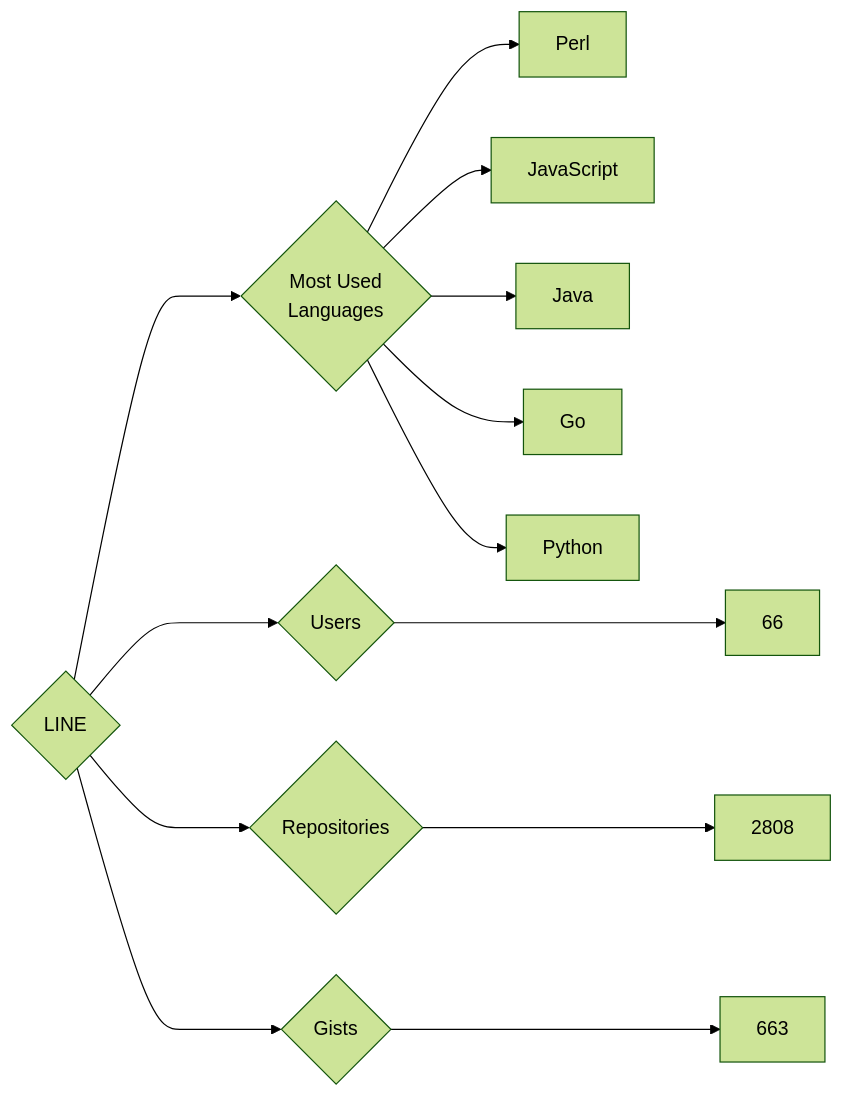
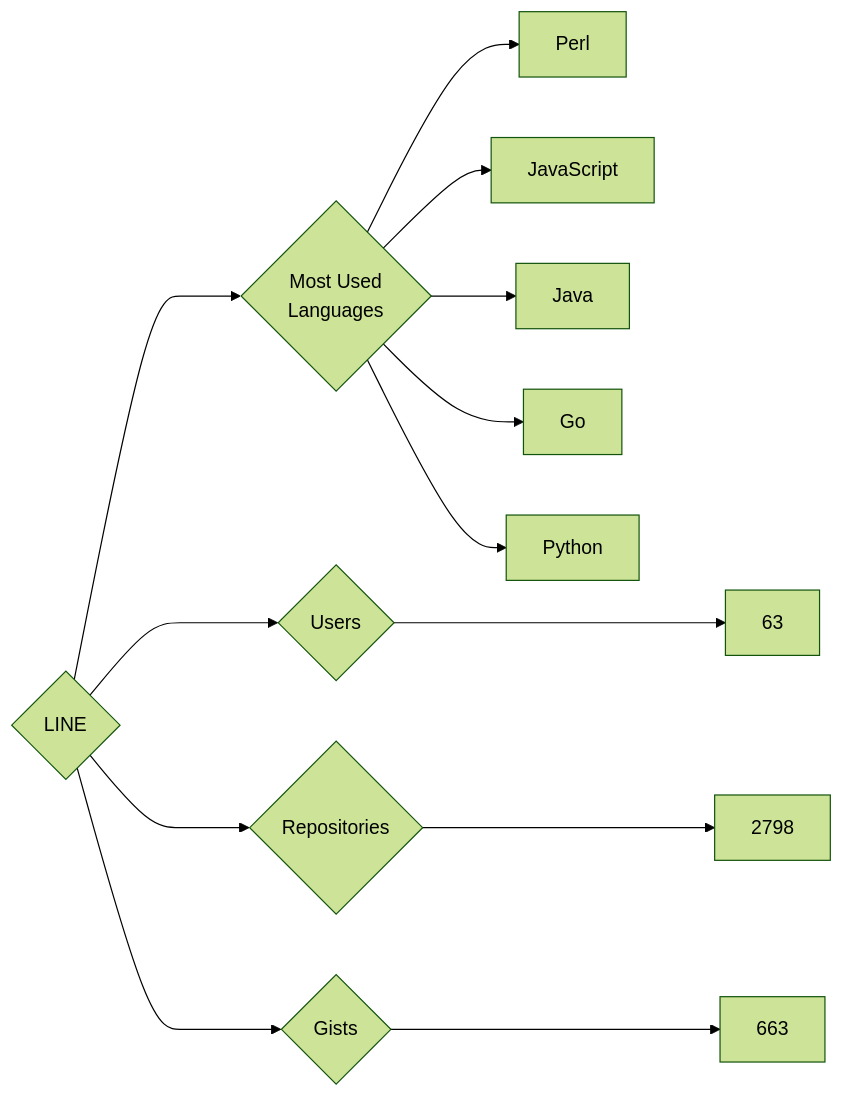
One commit to trickest/insiders changed the diagram in targets/LINE/README.md. Above: the diagram before and after it, drawn with Mermaid (forest theme). The commit also changed 845 other files, not shown here.

````diff
--- a/targets/LINE/README.md
+++ b/targets/LINE/README.md
@@ -3,13 +3,13 @@
 ```mermaid
 graph LR
 COMPANY_NAME{LINE}
-COMPANY_NAME ---> U{Users} ---> UN[66]
-COMPANY_NAME ---> R{Repositories} ---> RN[2808]
+COMPANY_NAME ---> U{Users} ---> UN[63]
+COMPANY_NAME ---> R{Repositories} ---> RN[2798]
 COMPANY_NAME ---> G{Gists} ---> GN[663]
 COMPANY_NAME ---> ML{Most Used<br>Languages}
 ML --> Perl[Perl]
 ML --> JavaScript[JavaScript]
 ML --> Java[Java]
 ML --> Go[Go]
 ML --> Python[Python]
 ```
````
